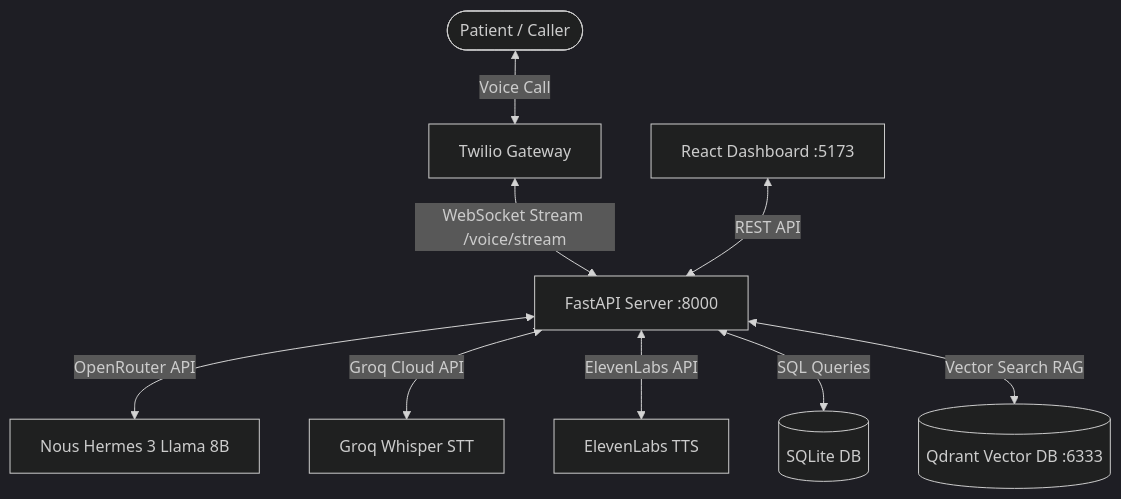
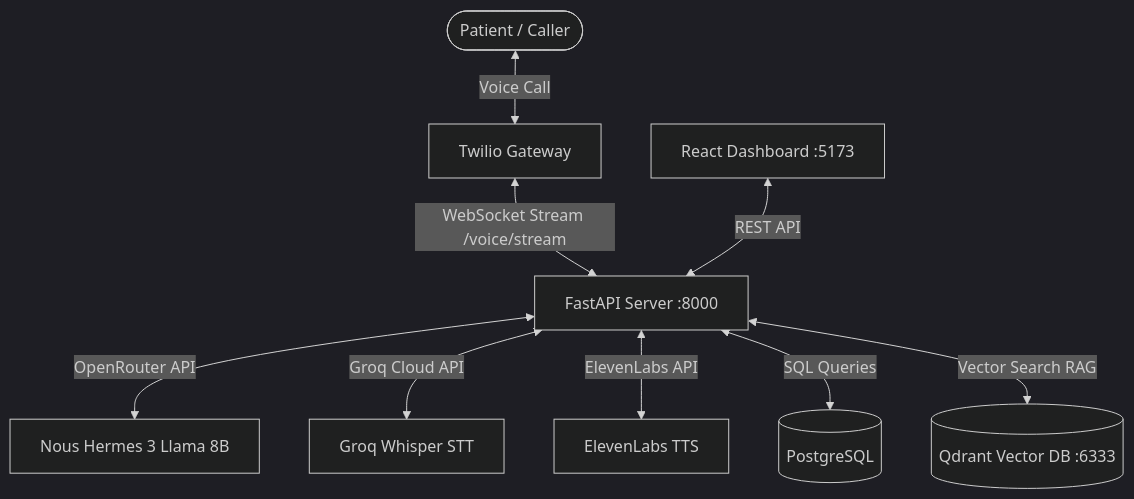
The diagram in README.md (AnujanN/hermes-dental-assistant), drawn with Mermaid (dark theme) before and after one commit. The commit also changed other lines of this file and 12 other files, not shown here.

````diff
--- a/README.md
+++ b/README.md
@@ -9,13 +9,13 @@
 ```mermaid
 graph TD
     Patient([Patient / Caller]) <-->|Voice Call| Twilio[Twilio Gateway]
     Twilio <-->|WebSocket Stream /voice/stream| FastAPI[FastAPI Server :8000]
     
     FastAPI <-->|OpenRouter API| LLM[Nous Hermes 3 Llama 8B]
     FastAPI <-->|Groq Cloud API| STT[Groq Whisper STT]
     FastAPI <-->|ElevenLabs API| TTS[ElevenLabs TTS]
-    FastAPI <-->|SQL Queries| SQLite[(SQLite DB)]
+    FastAPI <-->|SQL Queries| PostgreSQL[(PostgreSQL)]
     FastAPI <-->|Vector Search RAG| Qdrant[(Qdrant Vector DB :6333)]
     
     Dashboard[React Dashboard :5173] <-->|REST API| FastAPI
 ```
````
